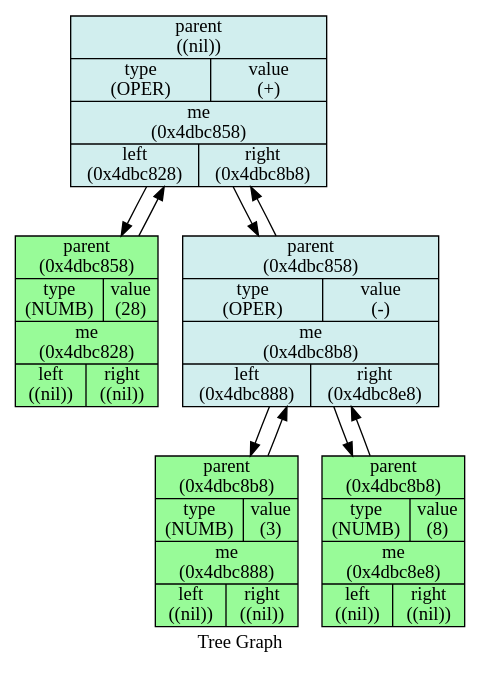
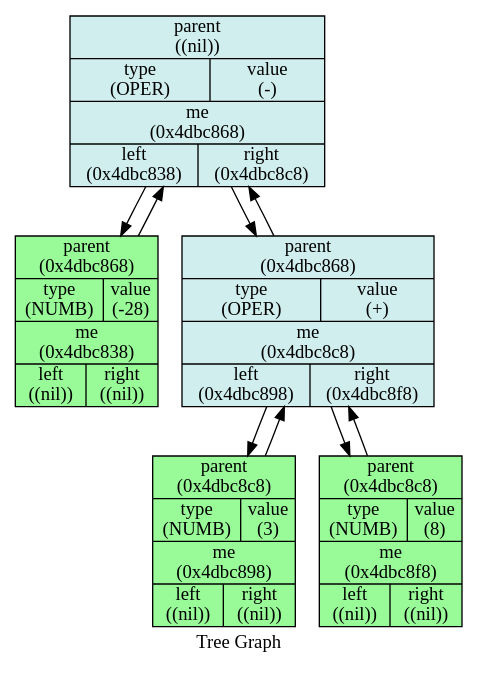
One commit to StaVan28/iLab changed the diagram in 8_differentiator/Txt/dump_tree_db.dot. Above: the diagram before and after it, drawn with Graphviz. The commit also changed 9 other files, not shown here.

```diff
--- a/8_differentiator/Txt/dump_tree_db.dot
+++ b/8_differentiator/Txt/dump_tree_db.dot
@@ -1,30 +1,30 @@
 digraph Tree {
 
     node [shape = "circle", style = "filled", fillcolor = "red",fontcolor = "#000000", margin = "0.01"];
     rankdir = "TB";
     label   = "Tree Graph";
 
-    "_0x4dbc858" [label = "{ {parent\n ((nil))} | {type \n (OPER) | value\n (+)}| {me\n (0x4dbc858)} | {left\n (0x4dbc828) | right\n (0x4dbc8b8)} }",fillcolor = "lightcyan2", shape = "record"];
-    "_0x4dbc858"->"_0x4dbc828";
-    "_0x4dbc858"->"_0x4dbc8b8";
+    "_0x4dbc868" [label = "{ {parent\n ((nil))} | {type \n (OPER) | value\n (-)}| {me\n (0x4dbc868)} | {left\n (0x4dbc838) | right\n (0x4dbc8c8)} }",fillcolor = "lightcyan2", shape = "record"];
+    "_0x4dbc868"->"_0x4dbc838";
+    "_0x4dbc868"->"_0x4dbc8c8";
 
 
-    "_0x4dbc828" [label = "{ {parent\n (0x4dbc858)} | {type \n (NUMB) | value\n (28)}| {me\n (0x4dbc828)} | {left\n ((nil)) | right\n ((nil))} }",fillcolor = "palegreen", shape = "record"];
-    "_0x4dbc828"->"_0x4dbc858";
+    "_0x4dbc838" [label = "{ {parent\n (0x4dbc868)} | {type \n (NUMB) | value\n (-28)}| {me\n (0x4dbc838)} | {left\n ((nil)) | right\n ((nil))} }",fillcolor = "palegreen", shape = "record"];
+    "_0x4dbc838"->"_0x4dbc868";
 
 
-    "_0x4dbc8b8" [label = "{ {parent\n (0x4dbc858)} | {type \n (OPER) | value\n (-)}| {me\n (0x4dbc8b8)} | {left\n (0x4dbc888) | right\n (0x4dbc8e8)} }",fillcolor = "lightcyan2", shape = "record"];
-    "_0x4dbc8b8"->"_0x4dbc858";
-    "_0x4dbc8b8"->"_0x4dbc888";
-    "_0x4dbc8b8"->"_0x4dbc8e8";
+    "_0x4dbc8c8" [label = "{ {parent\n (0x4dbc868)} | {type \n (OPER) | value\n (+)}| {me\n (0x4dbc8c8)} | {left\n (0x4dbc898) | right\n (0x4dbc8f8)} }",fillcolor = "lightcyan2", shape = "record"];
+    "_0x4dbc8c8"->"_0x4dbc868";
+    "_0x4dbc8c8"->"_0x4dbc898";
+    "_0x4dbc8c8"->"_0x4dbc8f8";
 
 
-    "_0x4dbc888" [label = "{ {parent\n (0x4dbc8b8)} | {type \n (NUMB) | value\n (3)}| {me\n (0x4dbc888)} | {left\n ((nil)) | right\n ((nil))} }",fillcolor = "palegreen", shape = "record"];
-    "_0x4dbc888"->"_0x4dbc8b8";
+    "_0x4dbc898" [label = "{ {parent\n (0x4dbc8c8)} | {type \n (NUMB) | value\n (3)}| {me\n (0x4dbc898)} | {left\n ((nil)) | right\n ((nil))} }",fillcolor = "palegreen", shape = "record"];
+    "_0x4dbc898"->"_0x4dbc8c8";
 
 
-    "_0x4dbc8e8" [label = "{ {parent\n (0x4dbc8b8)} | {type \n (NUMB) | value\n (8)}| {me\n (0x4dbc8e8)} | {left\n ((nil)) | right\n ((nil))} }",fillcolor = "palegreen", shape = "record"];
-    "_0x4dbc8e8"->"_0x4dbc8b8";
+    "_0x4dbc8f8" [label = "{ {parent\n (0x4dbc8c8)} | {type \n (NUMB) | value\n (8)}| {me\n (0x4dbc8f8)} | {left\n ((nil)) | right\n ((nil))} }",fillcolor = "palegreen", shape = "record"];
+    "_0x4dbc8f8"->"_0x4dbc8c8";
 
 
 }
```
